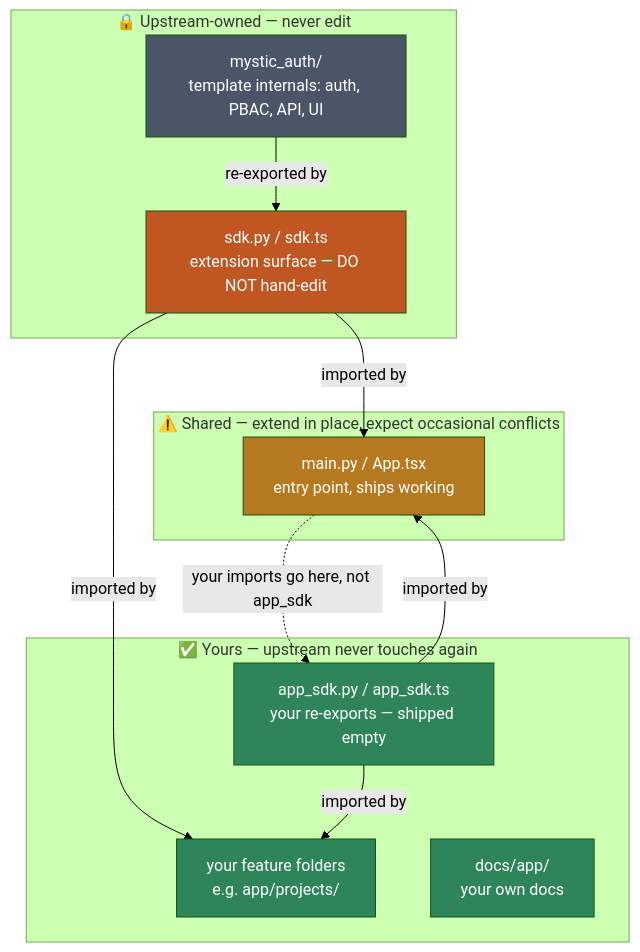
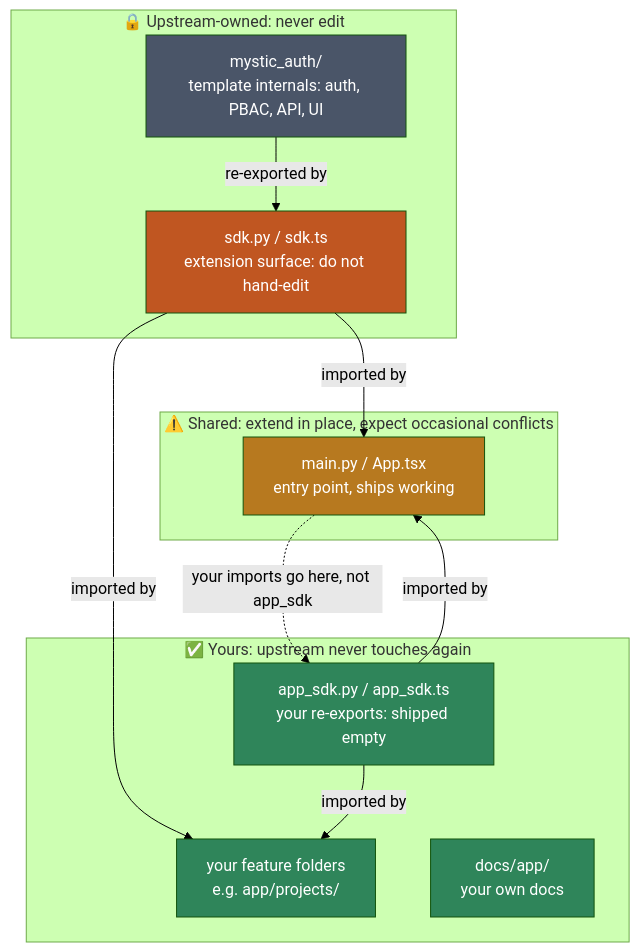
Before and after one commit to Nachiket-2024/mystic-auth: the diagram in docs/mystic_auth/template-usage/overview.md, drawn with Mermaid (forest theme). The commit also changed other lines of this file and 310 other files, not shown here.

````diff
--- a/docs/mystic_auth/template-usage/overview.md
+++ b/docs/mystic_auth/template-usage/overview.md
@@ -52,31 +54,31 @@
 ```mermaid
 flowchart TB
-    subgraph upstream["🔒 Upstream-owned — never edit"]
+    subgraph upstream["🔒 Upstream-owned: never edit"]
         MA["mystic_auth/\ntemplate internals: auth, PBAC, API, UI"]
-        SDK["sdk.py / sdk.ts\nextension surface — DO NOT hand-edit"]
+        SDK["sdk.py / sdk.ts\nextension surface: do not hand-edit"]
     end
 
-    subgraph shared["⚠️ Shared — extend in place, expect occasional conflicts"]
+    subgraph shared["⚠️ Shared: extend in place, expect occasional conflicts"]
         ENTRY["main.py / App.tsx\nentry point, ships working"]
     end
 
-    subgraph yours["✅ Yours — upstream never touches again"]
-        APPSDK["app_sdk.py / app_sdk.ts\nyour re-exports — shipped empty"]
+    subgraph yours["✅ Yours: upstream never touches again"]
+        APPSDK["app_sdk.py / app_sdk.ts\nyour re-exports: shipped empty"]
         FEATURES["your feature folders\ne.g. app/projects/"]
         DOCSAPP["docs/app/\nyour own docs"]
     end
 
     MA -->|re-exported by| SDK
     SDK -->|imported by| ENTRY
     SDK -->|imported by| FEATURES
     APPSDK -->|imported by| ENTRY
     APPSDK -->|imported by| FEATURES
     ENTRY -.->|your imports go here, not app_sdk| APPSDK
 
     style MA fill:#4a5568,color:#fff
     style SDK fill:#c05621,color:#fff
     style ENTRY fill:#b7791f,color:#fff
     style APPSDK fill:#2f855a,color:#fff
     style FEATURES fill:#2f855a,color:#fff
     style DOCSAPP fill:#2f855a,color:#fff
 ```
````
